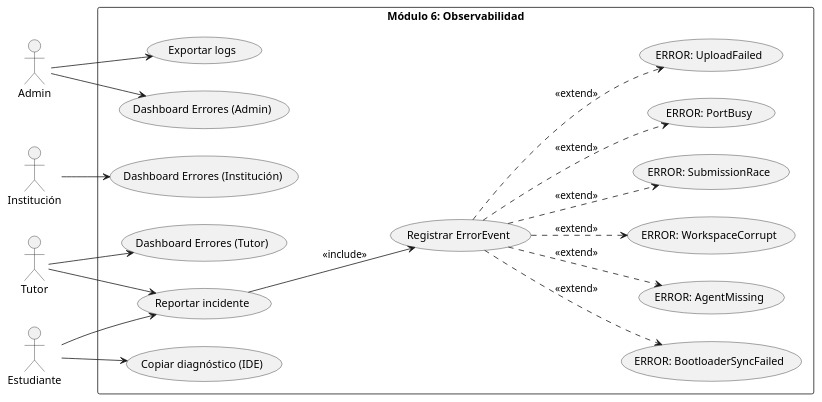
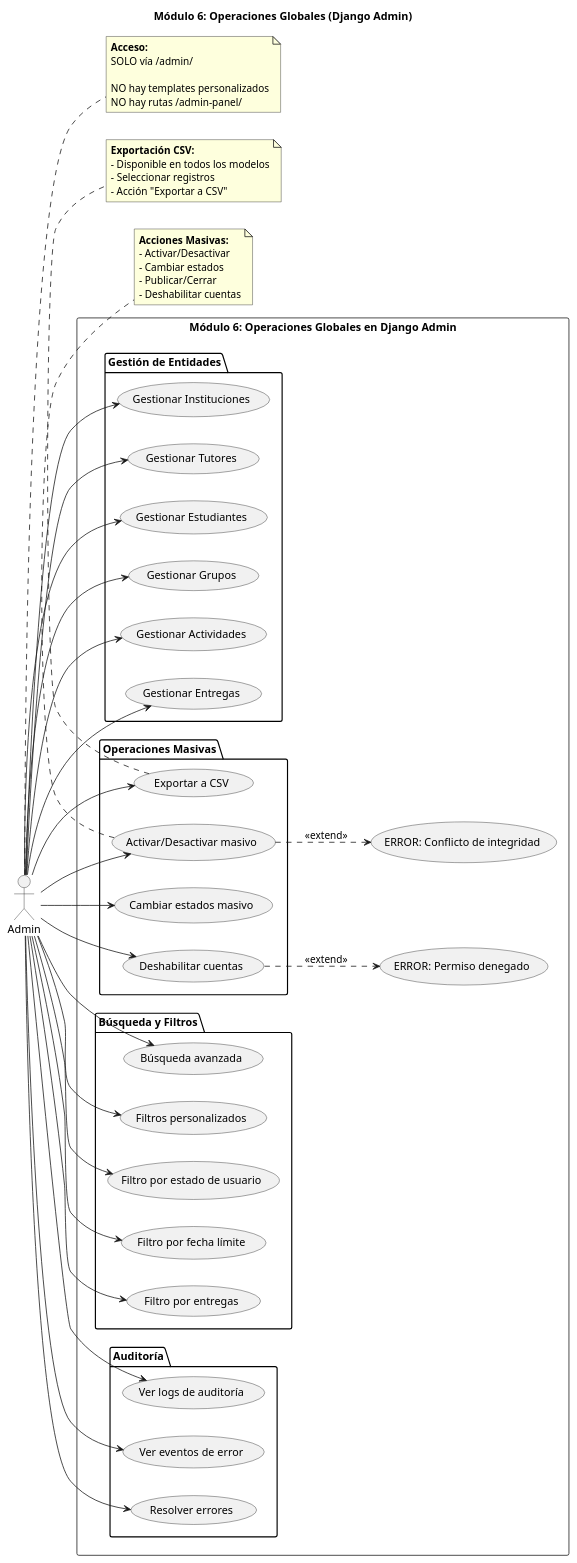
Before and after one commit to Luvigo/Max: the diagram in docs/uml/module6/use_cases.puml, drawn with PlantUML. The commit also changed 3 other files, not shown here.

First line of the commit message:
MÓDULO 6: Operaciones Globales en Django Admin (Robusto)

```diff
--- a/docs/uml/module6/use_cases.puml
+++ b/docs/uml/module6/use_cases.puml
@@ -1,40 +1,96 @@
 @startuml
+title Módulo 6: Operaciones Globales (Django Admin)
 left to right direction
+
 actor Admin
-actor "Institución" as Inst
-actor Tutor
-actor Estudiante
 
-rectangle "Módulo 6: Observabilidad" {
-  usecase "Registrar ErrorEvent" as UC_ErrorLog
-  usecase "Dashboard Errores (Admin)" as UC_AdminDash
-  usecase "Dashboard Errores (Institución)" as UC_InstDash
-  usecase "Dashboard Errores (Tutor)" as UC_TutorDash
-  usecase "Copiar diagnóstico (IDE)" as UC_CopyDiag
-  usecase "Reportar incidente" as UC_Report
-  usecase "Exportar logs" as UC_Export
-
-  usecase "ERROR: BootloaderSyncFailed" as E_Boot
-  usecase "ERROR: AgentMissing" as E_AgentMissing
-  usecase "ERROR: WorkspaceCorrupt" as E_Corrupt
-  usecase "ERROR: SubmissionRace" as E_Race
-  usecase "ERROR: PortBusy" as E_Port
-  usecase "ERROR: UploadFailed" as E_Upload
+rectangle "Módulo 6: Operaciones Globales en Django Admin" {
+  ' Gestión de Entidades
+  package "Gestión de Entidades" {
+    usecase "Gestionar Instituciones" as UC_Inst
+    usecase "Gestionar Tutores" as UC_Tutor
+    usecase "Gestionar Estudiantes" as UC_Student
+    usecase "Gestionar Grupos" as UC_Group
+    usecase "Gestionar Actividades" as UC_Activity
+    usecase "Gestionar Entregas" as UC_Submission
+  }
+  
+  ' Operaciones Masivas
+  package "Operaciones Masivas" {
+    usecase "Activar/Desactivar masivo" as UC_Bulk
+    usecase "Cambiar estados masivo" as UC_States
+    usecase "Exportar a CSV" as UC_Export
+    usecase "Deshabilitar cuentas" as UC_DisableAccounts
+  }
+  
+  ' Búsqueda y Filtros
+  package "Búsqueda y Filtros" {
+    usecase "Búsqueda avanzada" as UC_Search
+    usecase "Filtros personalizados" as UC_Filter
+    usecase "Filtro por estado de usuario" as UC_FilterUser
+    usecase "Filtro por fecha límite" as UC_FilterDeadline
+    usecase "Filtro por entregas" as UC_FilterSub
+  }
+  
+  ' Auditoría
+  package "Auditoría" {
+    usecase "Ver logs de auditoría" as UC_AuditLog
+    usecase "Ver eventos de error" as UC_ErrorLog
+    usecase "Resolver errores" as UC_ResolveError
+  }
+  
+  ' Errores
+  usecase "ERROR: Conflicto de integridad" as E_Integrity
+  usecase "ERROR: Permiso denegado" as E_Permission
 }
 
-Estudiante --> UC_CopyDiag
-Estudiante --> UC_Report
-Tutor --> UC_TutorDash
-Tutor --> UC_Report
-Inst --> UC_InstDash
-Admin --> UC_AdminDash
+' Conexiones del Admin
+Admin --> UC_Inst
+Admin --> UC_Tutor
+Admin --> UC_Student
+Admin --> UC_Group
+Admin --> UC_Activity
+Admin --> UC_Submission
+
+Admin --> UC_Bulk
+Admin --> UC_States
 Admin --> UC_Export
+Admin --> UC_DisableAccounts
 
-UC_Report --> UC_ErrorLog : <<include>>
-UC_ErrorLog ..> E_Boot : <<extend>>
-UC_ErrorLog ..> E_AgentMissing : <<extend>>
-UC_ErrorLog ..> E_Corrupt : <<extend>>
-UC_ErrorLog ..> E_Race : <<extend>>
-UC_ErrorLog ..> E_Port : <<extend>>
-UC_ErrorLog ..> E_Upload : <<extend>>
+Admin --> UC_Search
+Admin --> UC_Filter
+Admin --> UC_FilterUser
+Admin --> UC_FilterDeadline
+Admin --> UC_FilterSub
+
+Admin --> UC_AuditLog
+Admin --> UC_ErrorLog
+Admin --> UC_ResolveError
+
+' Errores
+UC_Bulk ..> E_Integrity : <<extend>>
+UC_DisableAccounts ..> E_Permission : <<extend>>
+
+note right of Admin
+  **Acceso:**
+  SOLO vía /admin/
+  
+  NO hay templates personalizados
+  NO hay rutas /admin-panel/
+end note
+
+note bottom of UC_Export
+  **Exportación CSV:**
+  - Disponible en todos los modelos
+  - Seleccionar registros
+  - Acción "Exportar a CSV"
+end note
+
+note bottom of UC_Bulk
+  **Acciones Masivas:**
+  - Activar/Desactivar
+  - Cambiar estados
+  - Publicar/Cerrar
+  - Deshabilitar cuentas
+end note
 @enduml
```
